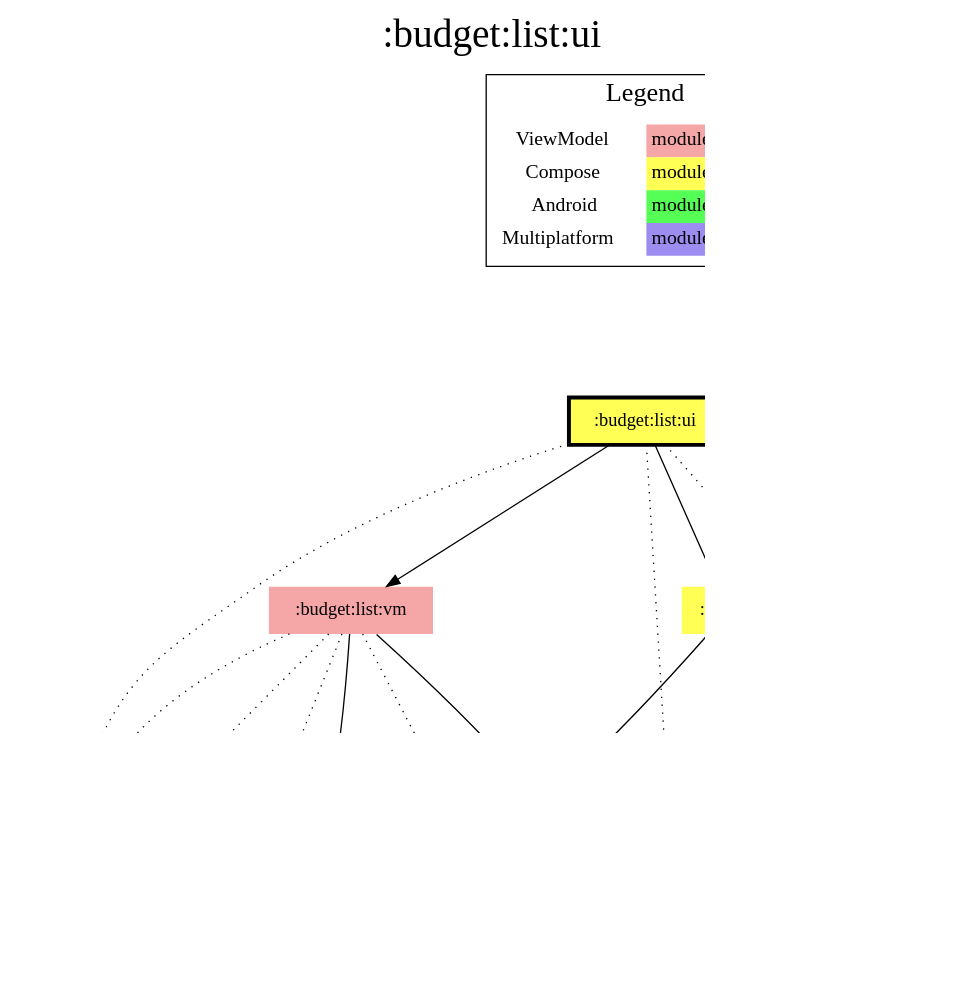
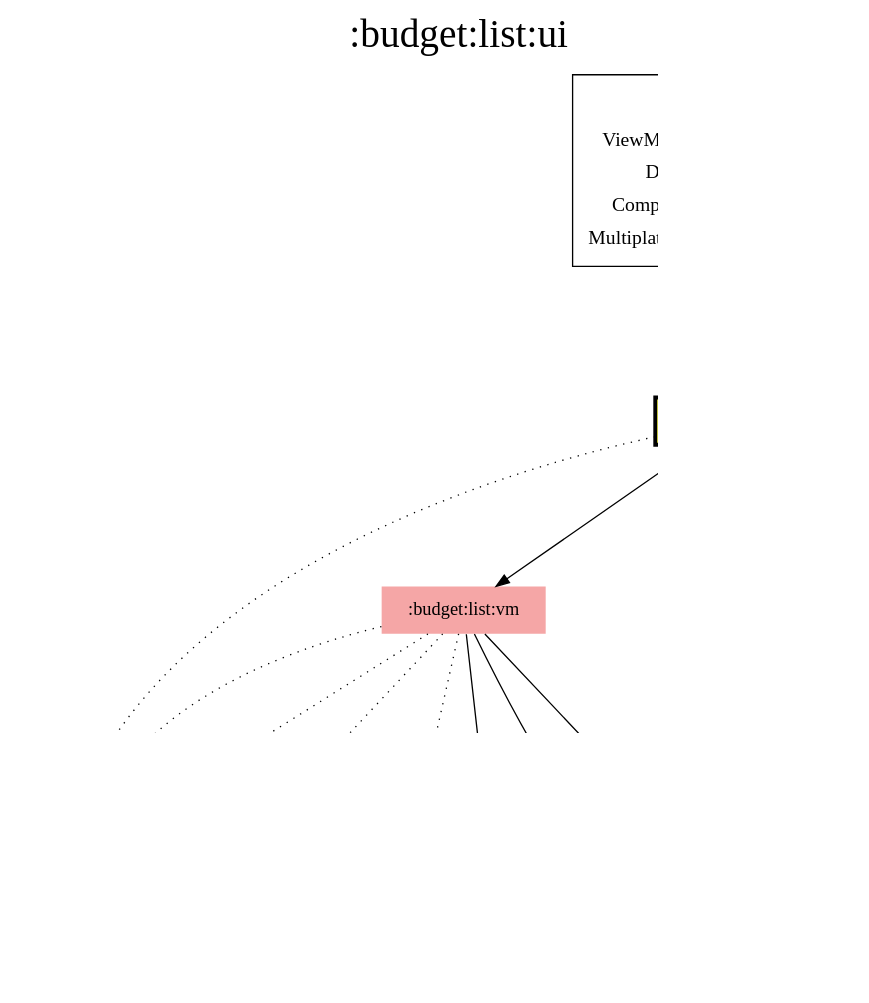
One commit to jonapoul/aktual changed the diagram in modules/budget/list/ui/modules.dot. Above: the diagram before and after it, drawn with Graphviz. The commit also changed 647 other files, not shown here.

```diff
--- a/modules/budget/list/ui/modules.dot
+++ b/modules/budget/list/ui/modules.dot
@@ -1,55 +1,56 @@
 digraph {
 edge ["dir"="forward"]
 graph ["dpi"="100","label"=":budget:list:ui","labelloc"="t","fontsize"="30","ranksep"="1.5","rankdir"="TB"]
 node ["style"="filled"]
 ":account:model" ["fillcolor"="#9D8DF1","shape"="none"]
 ":api:actual" ["fillcolor"="#9D8DF1","shape"="none"]
 ":budget:list:ui" ["fillcolor"="#FFFF55","color"="black","penwidth"="3","shape"="box"]
 ":budget:list:vm" ["fillcolor"="#F5A6A6","shape"="none"]
 ":budget:model" ["fillcolor"="#9D8DF1","shape"="none"]
 ":codegen:annotation" ["fillcolor"="#9D8DF1","shape"="none"]
-":core:android" ["fillcolor"="#55FF55","shape"="none"]
+":core:di" ["fillcolor"="#FCB103","shape"="none"]
 ":core:model" ["fillcolor"="#9D8DF1","shape"="none"]
 ":core:ui" ["fillcolor"="#FFFF55","shape"="none"]
 ":l10n" ["fillcolor"="#9D8DF1","shape"="none"]
 ":logging" ["fillcolor"="#9D8DF1","shape"="none"]
 ":prefs" ["fillcolor"="#9D8DF1","shape"="none"]
 {
 edge ["dir"="none"]
 graph ["rank"="same"]
 ":budget:list:ui"
 }
 ":api:actual" -> ":account:model"
 ":api:actual" -> ":budget:model"
 ":api:actual" -> ":codegen:annotation" ["style"="dotted"]
 ":api:actual" -> ":core:model"
 ":budget:list:ui" -> ":account:model" ["style"="dotted"]
 ":budget:list:ui" -> ":budget:list:vm"
 ":budget:list:ui" -> ":budget:model" ["style"="dotted"]
 ":budget:list:ui" -> ":core:ui"
 ":budget:list:ui" -> ":l10n" ["style"="dotted"]
 ":budget:list:vm" -> ":account:model" ["style"="dotted"]
 ":budget:list:vm" -> ":api:actual" ["style"="dotted"]
 ":budget:list:vm" -> ":budget:model"
+":budget:list:vm" -> ":core:di"
 ":budget:list:vm" -> ":core:model"
 ":budget:list:vm" -> ":logging" ["style"="dotted"]
 ":budget:list:vm" -> ":prefs" ["style"="dotted"]
 ":core:ui" -> ":budget:model"
-":core:ui" -> ":core:android" ["style"="dotted"]
+":core:ui" -> ":core:di" ["style"="dotted"]
 ":core:ui" -> ":core:model"
 ":core:ui" -> ":l10n" ["style"="dotted"]
 ":prefs" -> ":account:model"
 ":prefs" -> ":core:model"
 subgraph "cluster_legend" {
 edge ["dir"="none"]
 graph ["label"="Legend","fontsize"="20"]
 "Legend" ["style"="filled","fillcolor"="#FFFFFF","shape"="none","margin"="0","fontsize"="15","label"=<
 <TABLE BORDER="0" CELLBORDER="0" CELLSPACING="0" CELLPADDING="4">
 <TR><TD>ViewModel</TD><TD BGCOLOR="#F5A6A6">module-name</TD></TR>
+<TR><TD>DI</TD><TD BGCOLOR="#FCB103">module-name</TD></TR>
 <TR><TD>Compose</TD><TD BGCOLOR="#FFFF55">module-name</TD></TR>
-<TR><TD>Android</TD><TD BGCOLOR="#55FF55">module-name</TD></TR>
 <TR><TD>Multiplatform</TD><TD BGCOLOR="#9D8DF1">module-name</TD></TR>
 </TABLE>
 >]
 } -> ":budget:list:ui" ["style"="invis"]
 }
```
